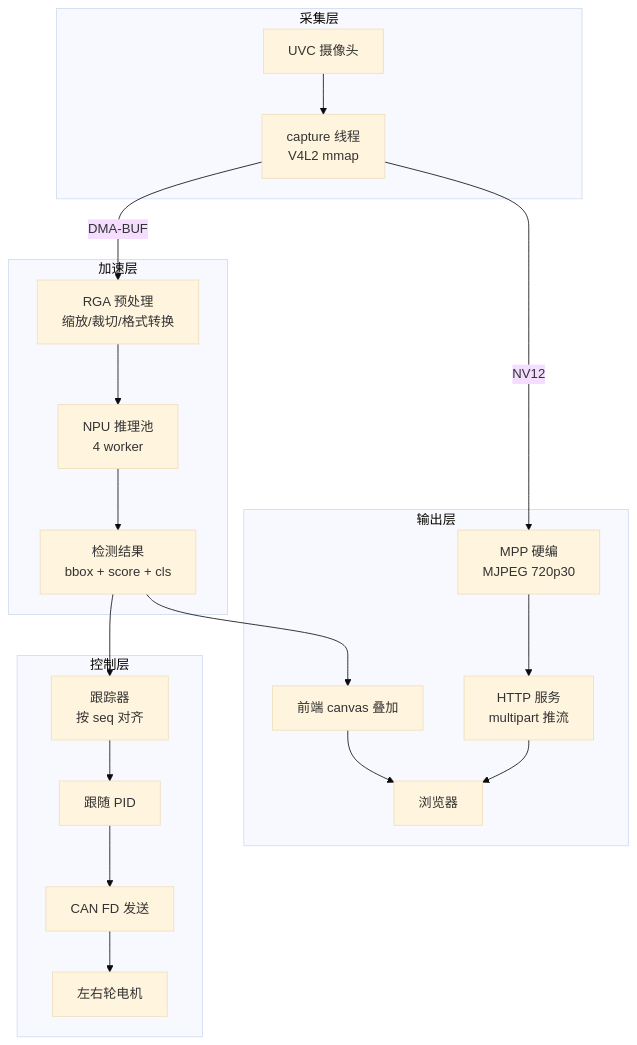
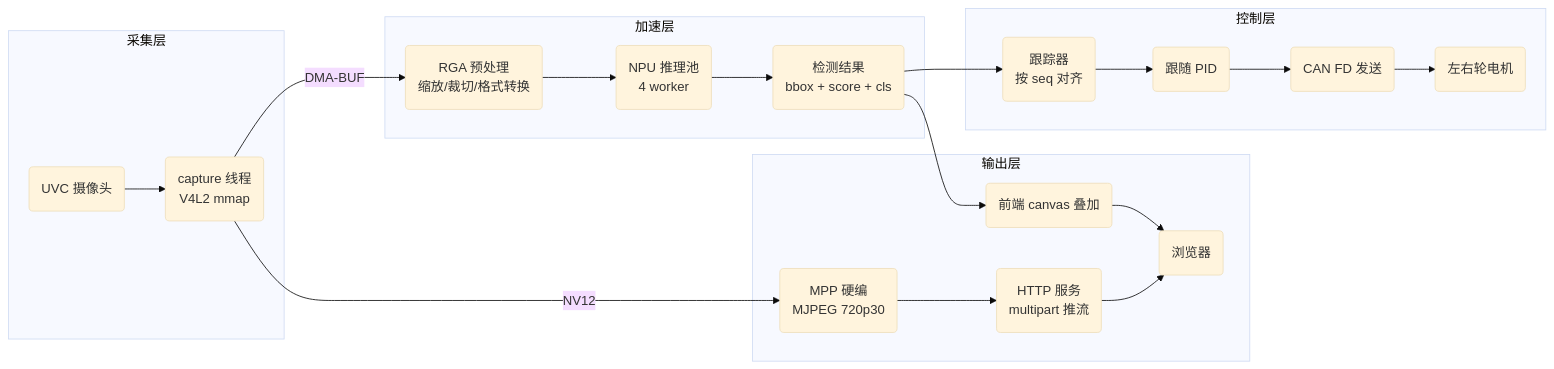
Before and after one commit to qianruo-orange/autonomous-driving-car: the first of 8 diagrams in README.md, drawn with Mermaid (base theme). The commit also changed other lines of this file, not shown here.

Commit message:
docs: horizontal mermaid layout with rounded nodes

````diff
--- a/README.md
+++ b/README.md
@@ -85,24 +85,24 @@
 ```mermaid
-flowchart TB
+flowchart LR
     subgraph 采集层
-        CAM[UVC 摄像头] --> CAP[capture 线程<br/>V4L2 mmap]
+        CAM(UVC 摄像头) --> CAP(capture 线程<br/>V4L2 mmap)
     end
     subgraph 加速层
-        CAP -->|DMA-BUF| RGA[RGA 预处理<br/>缩放/裁切/格式转换]
-        RGA --> POOL[NPU 推理池<br/>4 worker]
-        POOL --> DET[检测结果<br/>bbox + score + cls]
+        CAP -->|DMA-BUF| RGA(RGA 预处理<br/>缩放/裁切/格式转换)
+        RGA --> POOL(NPU 推理池<br/>4 worker)
+        POOL --> DET(检测结果<br/>bbox + score + cls)
     end
     subgraph 输出层
-        CAP -->|NV12| MPP[MPP 硬编<br/>MJPEG 720p30]
-        MPP --> HTTP[HTTP 服务<br/>multipart 推流]
-        DET --> OVL[前端 canvas 叠加]
-        HTTP --> BROWSER[浏览器]
+        CAP -->|NV12| MPP(MPP 硬编<br/>MJPEG 720p30)
+        MPP --> HTTP(HTTP 服务<br/>multipart 推流)
+        DET --> OVL(前端 canvas 叠加)
+        HTTP --> BROWSER(浏览器)
         OVL --> BROWSER
     end
     subgraph 控制层
-        DET --> TRK[跟踪器<br/>按 seq 对齐]
-        TRK --> PID[跟随 PID]
-        PID --> CAN[CAN FD 发送]
-        CAN --> MOTOR[左右轮电机]
+        DET --> TRK(跟踪器<br/>按 seq 对齐)
+        TRK --> PID(跟随 PID)
+        PID --> CAN(CAN FD 发送)
+        CAN --> MOTOR(左右轮电机)
     end
 ```
````
